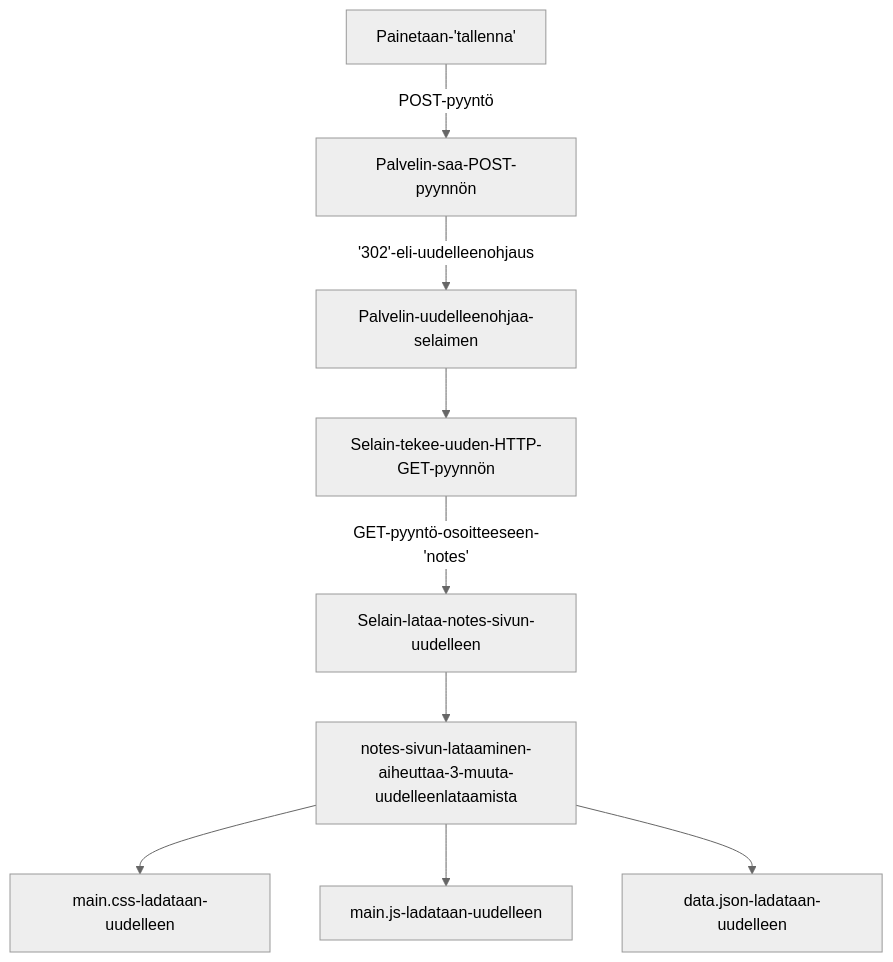
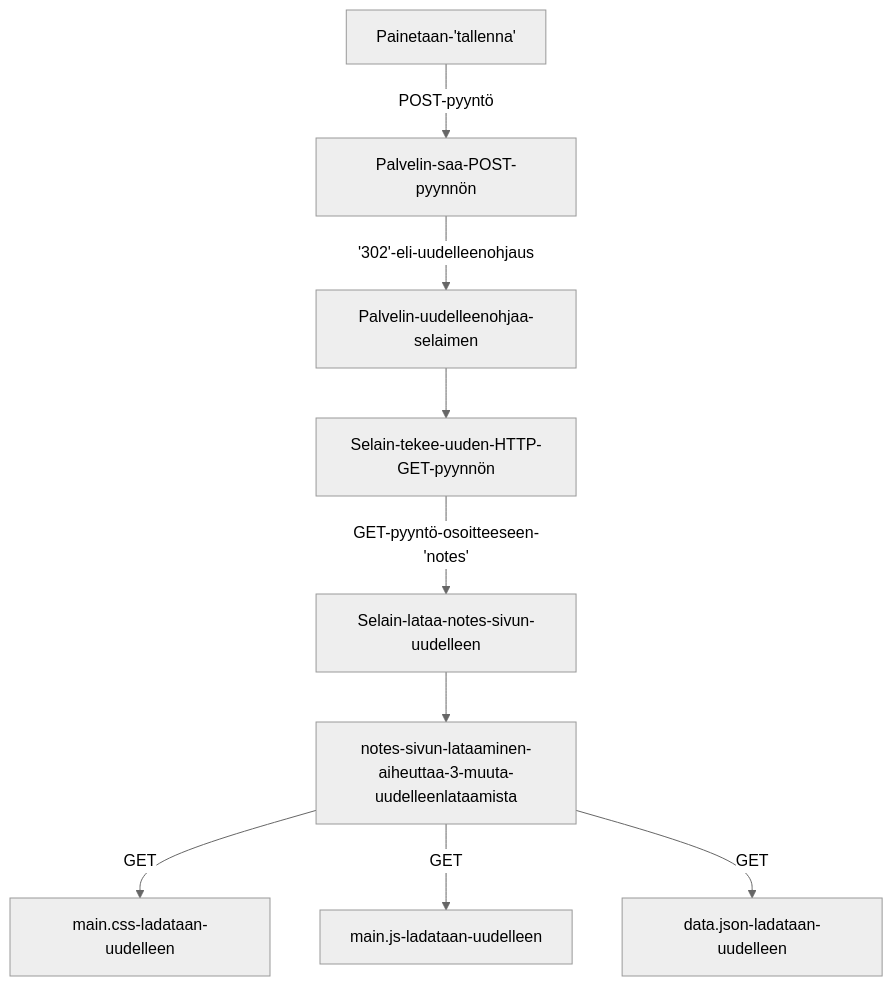
One commit to PasiParviainen/Fullstackosa0 changed the diagram in 0.4.md. Above: the diagram before and after it, drawn with Mermaid (neutral theme).

````diff
--- a/0.4.md
+++ b/0.4.md
@@ -1,11 +1,11 @@
 ```mermaid
 graph TD;
   Painetaan-'tallenna'--POST-pyyntö-->
   Palvelin-saa-POST-pyynnön--'302'-eli-uudelleenohjaus-->
   Palvelin-uudelleenohjaa-selaimen-->
   Selain-tekee-uuden-HTTP-GET-pyynnön--GET-pyyntö-osoitteeseen-'notes'-->
   Selain-lataa-notes-sivun-uudelleen-->
-  notes-sivun-lataaminen-aiheuttaa-3-muuta-uudelleenlataamista-->main.css-ladataan-uudelleen
-  notes-sivun-lataaminen-aiheuttaa-3-muuta-uudelleenlataamista-->main.js-ladataan-uudelleen
-  notes-sivun-lataaminen-aiheuttaa-3-muuta-uudelleenlataamista-->data.json-ladataan-uudelleen;
+  notes-sivun-lataaminen-aiheuttaa-3-muuta-uudelleenlataamista--GET-->main.css-ladataan-uudelleen
+  notes-sivun-lataaminen-aiheuttaa-3-muuta-uudelleenlataamista--GET-->main.js-ladataan-uudelleen
+  notes-sivun-lataaminen-aiheuttaa-3-muuta-uudelleenlataamista--GET-->data.json-ladataan-uudelleen;
 ```
````
